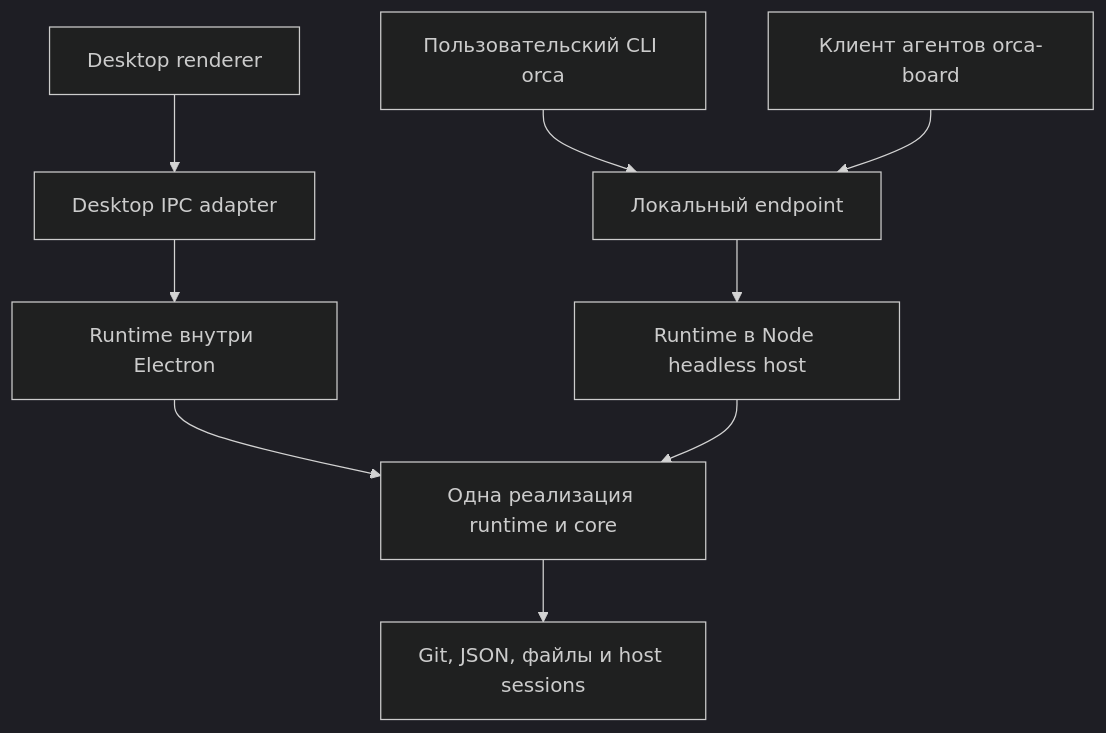
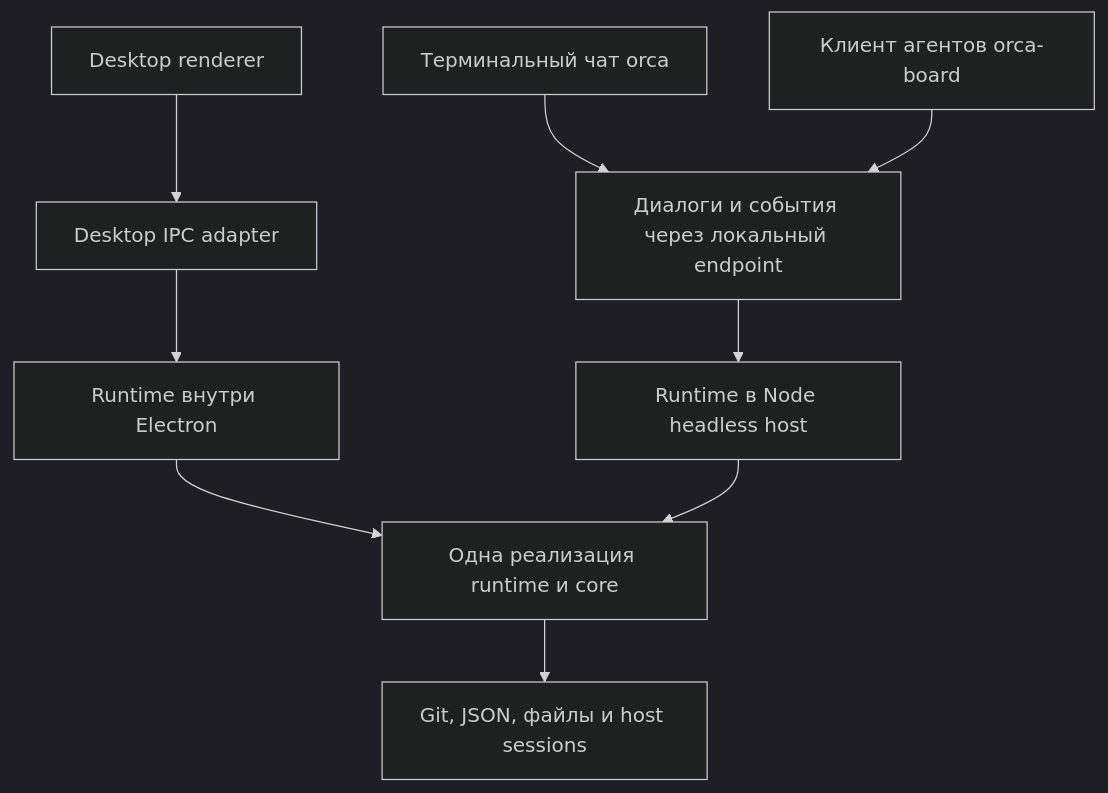
The second of 2 diagrams in docs/superpowers/specs/2026-10-02-orca-cli-design.md (NANDIorg/BigOrcaCocks), drawn with Mermaid (dark theme) before and after one commit. The commit also changed other lines of this file and 1 other file, not shown here.

First line of the commit message:
docs: спроектировать чат оркестратора в терминале

````diff
--- a/docs/superpowers/specs/2026-10-02-orca-cli-design.md
+++ b/docs/superpowers/specs/2026-10-02-orca-cli-design.md
@@ -134,11 +160,11 @@
 ```mermaid
 flowchart TB
   GUI[Desktop renderer] --> IPC[Desktop IPC adapter]
   IPC --> ER[Runtime внутри Electron]
-  CLI[Пользовательский CLI orca] --> RPC[Локальный endpoint]
+  CLI[Терминальный чат orca] --> RPC[Диалоги и события через локальный endpoint]
   AC[Клиент агентов orca-board] --> RPC
   RPC --> NR[Runtime в Node headless host]
   ER --> SH[Одна реализация runtime и core]
   NR --> SH
   SH --> IO[Git, JSON, файлы и host sessions]
 ```
````
